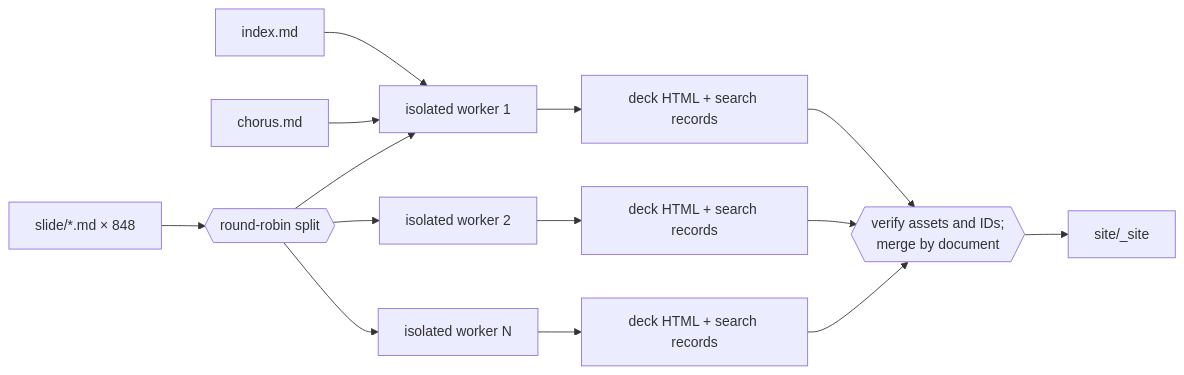
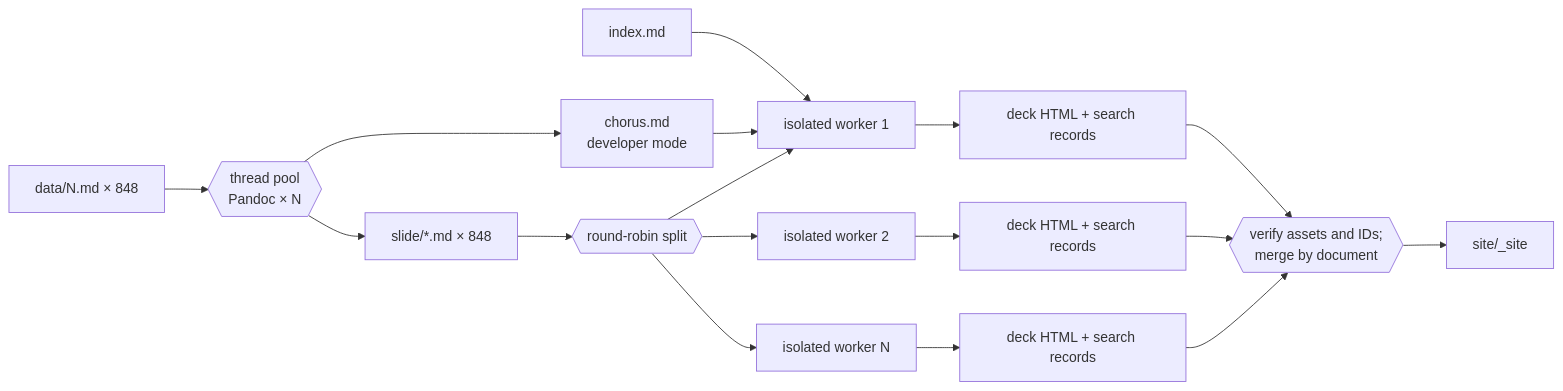
The third of 3 diagrams in DEVELOPER.md (ickc/selected-hymns-ng), drawn with Mermaid before and after one commit. The commit also changed other lines of this file and 6 other files, not shown here.

````diff
--- a/DEVELOPER.md
+++ b/DEVELOPER.md
@@ -157,16 +164,19 @@
 ```mermaid
 flowchart LR
-  slides["slide/*.md × 848"] --> split{{"round-robin split"}}
+  data["data/N.md × 848"] --> projection{{"thread pool<br/>Pandoc × N"}}
+  projection --> slides["slide/*.md × 848"]
+  projection --> chorus["chorus.md<br/>developer mode"]
+  slides --> split{{"round-robin split"}}
   index["index.md"] --> w1
-  chorus["chorus.md"] --> w1
+  chorus --> w1
   split --> w1["isolated worker 1"]
   split --> w2["isolated worker 2"]
   split --> wn["isolated worker N"]
   w1 --> o1["deck HTML + search records"]
   w2 --> o2["deck HTML + search records"]
   wn --> on["deck HTML + search records"]
   o1 --> merge{{"verify assets and IDs;\nmerge by document"}}
   o2 --> merge
   on --> merge
   merge --> built["site/_site"]
 ```
````
